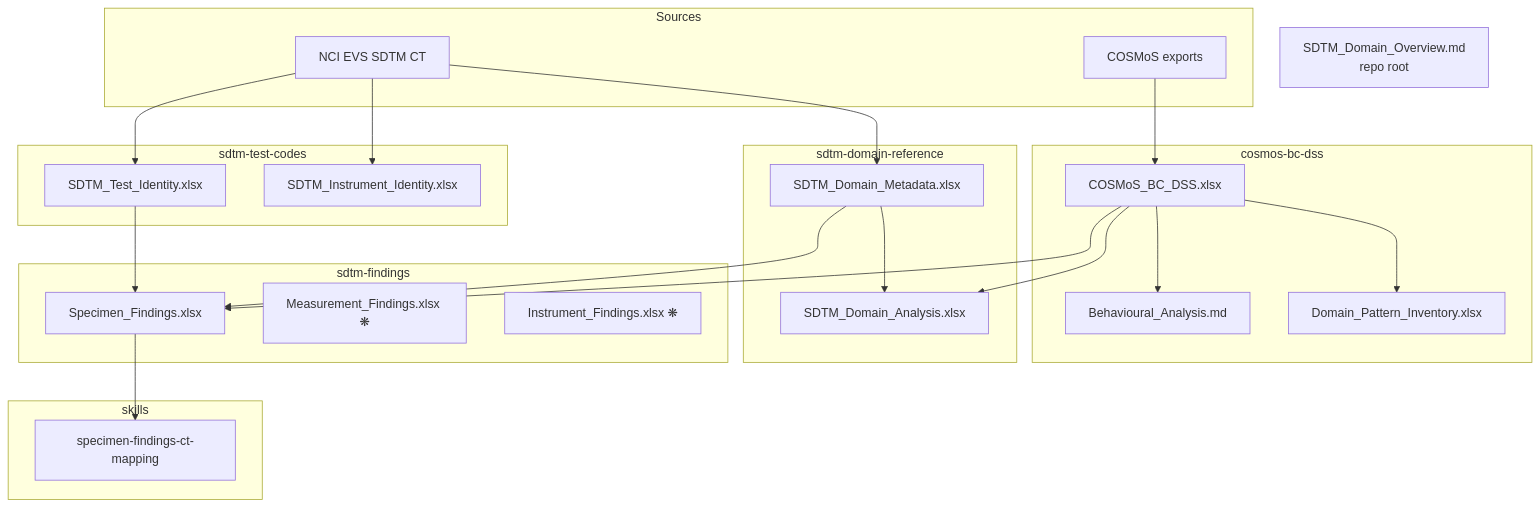
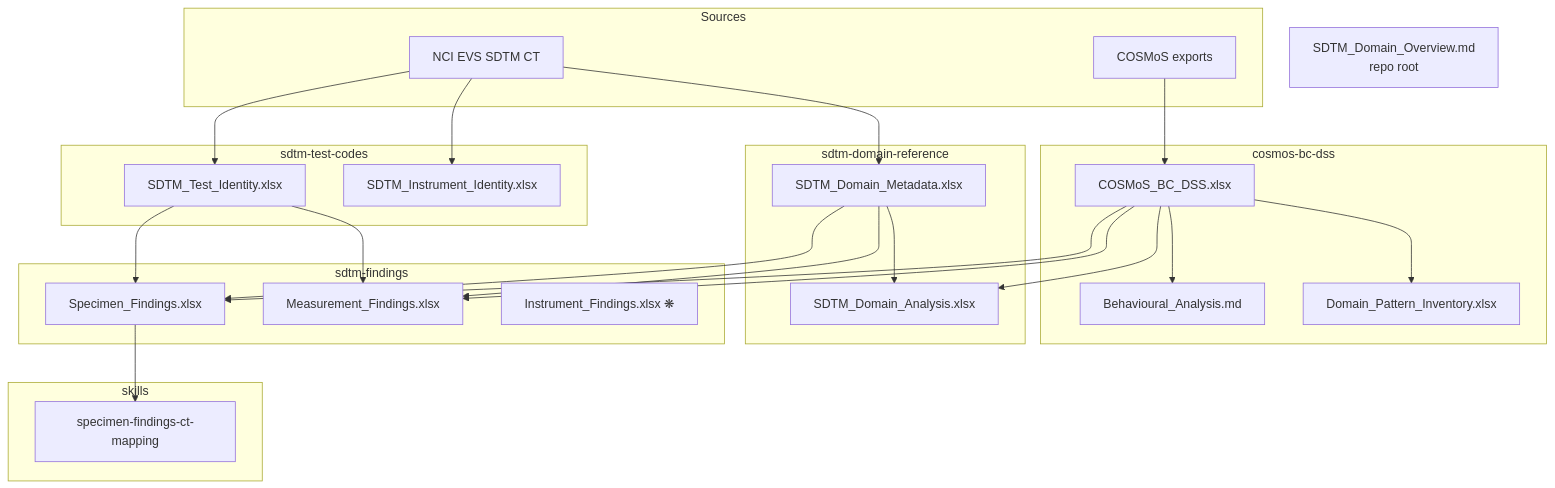
One commit to kerfors/cdisc-for-ai changed the diagram in README.md. Above: the diagram before and after it, drawn with Mermaid. The commit also changed other lines of this file and 3 other files, not shown here.

First line of the commit message:
Add Measurement_Findings consumer file (VS, MK, CV)

````diff
--- a/README.md
+++ b/README.md
@@ -62,50 +62,54 @@
 ```mermaid
 graph TD
     subgraph Sources
         EVS["NCI EVS SDTM CT"]
         COS["COSMoS exports"]
     end
 
     subgraph sdtm-test-codes
         TI["SDTM_Test_Identity.xlsx"]
         II["SDTM_Instrument_Identity.xlsx"]
     end
 
     subgraph cosmos-bc-dss
         BCD["COSMoS_BC_DSS.xlsx"]
         BA["Behavioural_Analysis.md"]
         DPI["Domain_Pattern_Inventory.xlsx"]
     end
 
     subgraph sdtm-domain-reference
         DM["SDTM_Domain_Metadata.xlsx"]
         DA["SDTM_Domain_Analysis.xlsx"]
     end
 
     subgraph sdtm-findings
         SF["Specimen_Findings.xlsx"]
-        MF["Measurement_Findings.xlsx ❋"]
+        MF["Measurement_Findings.xlsx"]
         IF["Instrument_Findings.xlsx ❋"]
     end
 
     subgraph skills
         SK["specimen-findings-ct-mapping"]
     end
 
     EVS --> TI
     EVS --> II
     COS --> BCD
     BCD --> BA
     BCD --> DPI
     EVS --> DM
     BCD --> DA
     DM --> DA
 
     TI --> SF
     DM --> SF
     BCD --> SF
 
+    TI --> MF
+    DM --> MF
+    BCD --> MF
+
     SF --> SK
 
     DO["SDTM_Domain_Overview.md<br/>repo root"]
 ```
````
